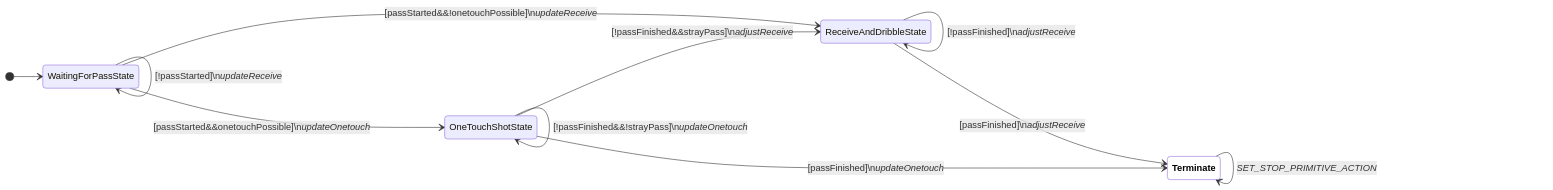
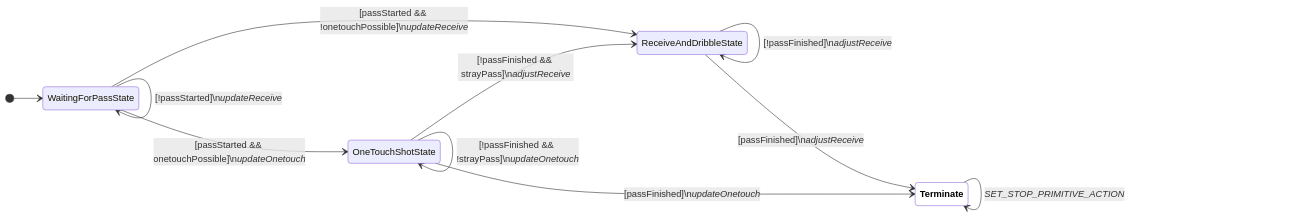
Before and after one commit to UBC-Thunderbots/Software: diagram 19 of 21 in docs/fsm-diagrams.md, drawn with Mermaid. The commit also changed 1 other file, not shown here.

Commit message:
Add spaces

````diff
--- a/docs/fsm-diagrams.md
+++ b/docs/fsm-diagrams.md
@@ -311,17 +311,17 @@
 ```mermaid
 
 stateDiagram-v2
 classDef terminate fill:white,color:black,font-weight:bold
 direction LR
 [*] --> WaitingForPassState
 WaitingForPassState --> WaitingForPassState : [!passStarted]\n<i>updateReceive</i>
-WaitingForPassState --> OneTouchShotState : [passStarted&&onetouchPossible]\n<i>updateOnetouch</i>
-WaitingForPassState --> ReceiveAndDribbleState : [passStarted&&!onetouchPossible]\n<i>updateReceive</i>
+WaitingForPassState --> OneTouchShotState : [passStarted && onetouchPossible]\n<i>updateOnetouch</i>
+WaitingForPassState --> ReceiveAndDribbleState : [passStarted && !onetouchPossible]\n<i>updateReceive</i>
 ReceiveAndDribbleState --> ReceiveAndDribbleState : [!passFinished]\n<i>adjustReceive</i>
-OneTouchShotState --> OneTouchShotState : [!passFinished&&!strayPass]\n<i>updateOnetouch</i>
-OneTouchShotState --> ReceiveAndDribbleState : [!passFinished&&strayPass]\n<i>adjustReceive</i>
+OneTouchShotState --> OneTouchShotState : [!passFinished && !strayPass]\n<i>updateOnetouch</i>
+OneTouchShotState --> ReceiveAndDribbleState : [!passFinished && strayPass]\n<i>adjustReceive</i>
 ReceiveAndDribbleState --> Terminate:::terminate : [passFinished]\n<i>adjustReceive</i>
 OneTouchShotState --> Terminate:::terminate : [passFinished]\n<i>updateOnetouch</i>
 Terminate:::terminate --> Terminate:::terminate : <i>SET_STOP_PRIMITIVE_ACTION</i>
 
 ```
````
